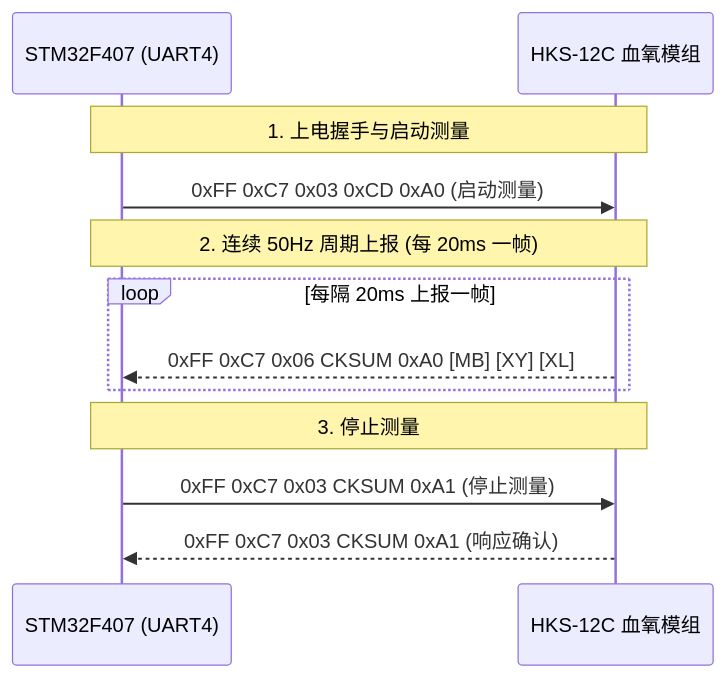
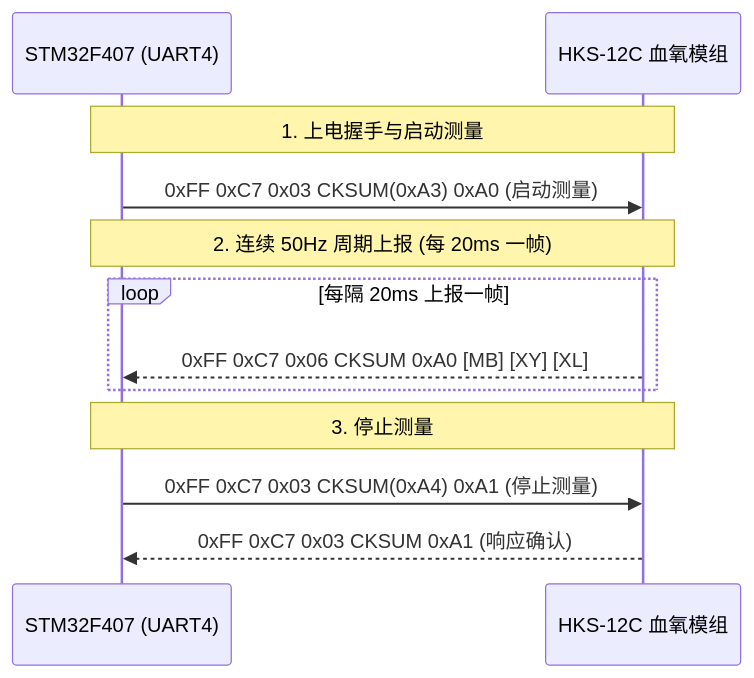
One commit to Serendipity-min/medical-multi-parameter-monitor changed the diagram in doc/A/02_SpO2_AFE4490与HKS12C血氧传感器对比与协议技术手册.md. Above: the diagram before and after it, drawn with Mermaid. The commit also changed other lines of this file and 13 other files, not shown here.

````diff
--- a/doc/A/02_SpO2_AFE4490与HKS12C血氧传感器对比与协议技术手册.md
+++ b/doc/A/02_SpO2_AFE4490与HKS12C血氧传感器对比与协议技术手册.md
@@ -54,17 +54,17 @@
 ```mermaid
 sequenceDiagram
     participant MCU as STM32F407 (UART4)
     participant SENSOR as HKS-12C 血氧模组
 
     Note over MCU,SENSOR: 1. 上电握手与启动测量
-    MCU->>SENSOR: 0xFF 0xC7 0x03 0xCD 0xA0 (启动测量)
+    MCU->>SENSOR: 0xFF 0xC7 0x03 CKSUM(0xA3) 0xA0 (启动测量)
     
     Note over MCU,SENSOR: 2. 连续 50Hz 周期上报 (每 20ms 一帧)
     loop 每隔 20ms 上报一帧
         SENSOR-->>MCU: 0xFF 0xC7 0x06 CKSUM 0xA0 [MB] [XY] [XL]
     end
 
     Note over MCU,SENSOR: 3. 停止测量
-    MCU->>SENSOR: 0xFF 0xC7 0x03 CKSUM 0xA1 (停止测量)
+    MCU->>SENSOR: 0xFF 0xC7 0x03 CKSUM(0xA4) 0xA1 (停止测量)
     SENSOR-->>MCU: 0xFF 0xC7 0x03 CKSUM 0xA1 (响应确认)
 ```
````
